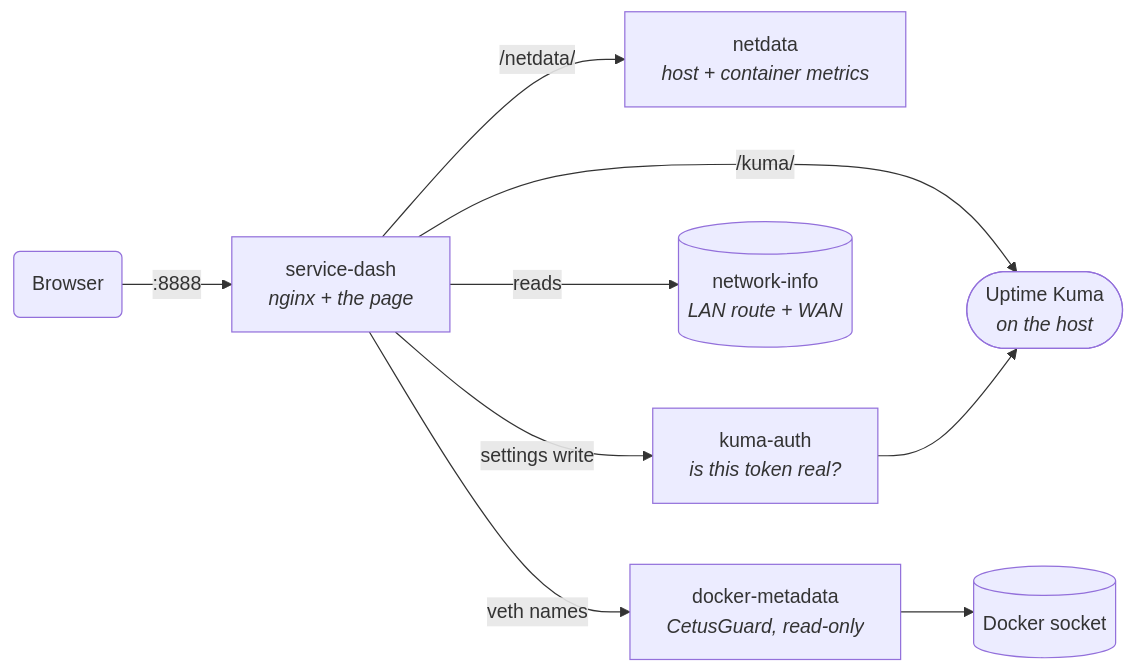
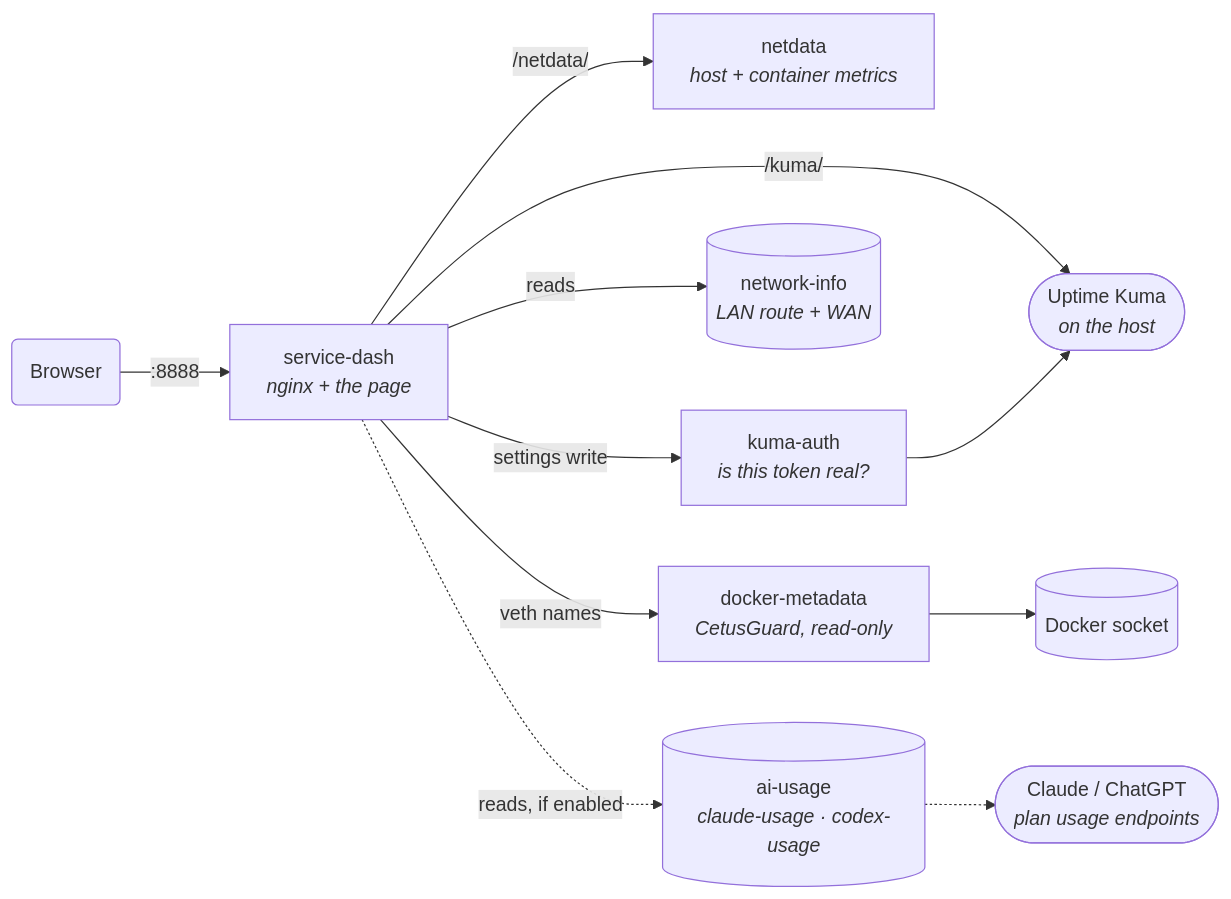
One commit to cvaghela/service-dash changed the diagram in README.md. Above: the diagram before and after it, drawn with Mermaid. The commit also changed other lines of this file and 22 other files, not shown here.

First line of the commit message:
Release 1.5.0 — AI plan usage, and an iOS stability fix (#23)

````diff
--- a/README.md
+++ b/README.md
@@ -374,11 +484,13 @@
 ```mermaid
 flowchart LR
     B("Browser") -->|":8888"| N["service-dash<br/><i>nginx + the page</i>"]
     N -->|"/kuma/"| K(["Uptime Kuma<br/><i>on the host</i>"])
     N -->|"/netdata/"| ND["netdata<br/><i>host + container metrics</i>"]
     N -->|"settings write"| A["kuma-auth<br/><i>is this token real?</i>"]
     A --> K
     N -->|"reads"| I[("network-info<br/><i>LAN route + WAN</i>")]
     N -->|"veth names"| D["docker-metadata<br/><i>CetusGuard, read-only</i>"]
     D --> S[("Docker socket")]
+    N -.->|"reads, if enabled"| AI[("ai-usage<br/><i>claude-usage · codex-usage</i>")]
+    AI -.-> AP(["Claude / ChatGPT<br/><i>plan usage endpoints</i>"])
 ```
````
